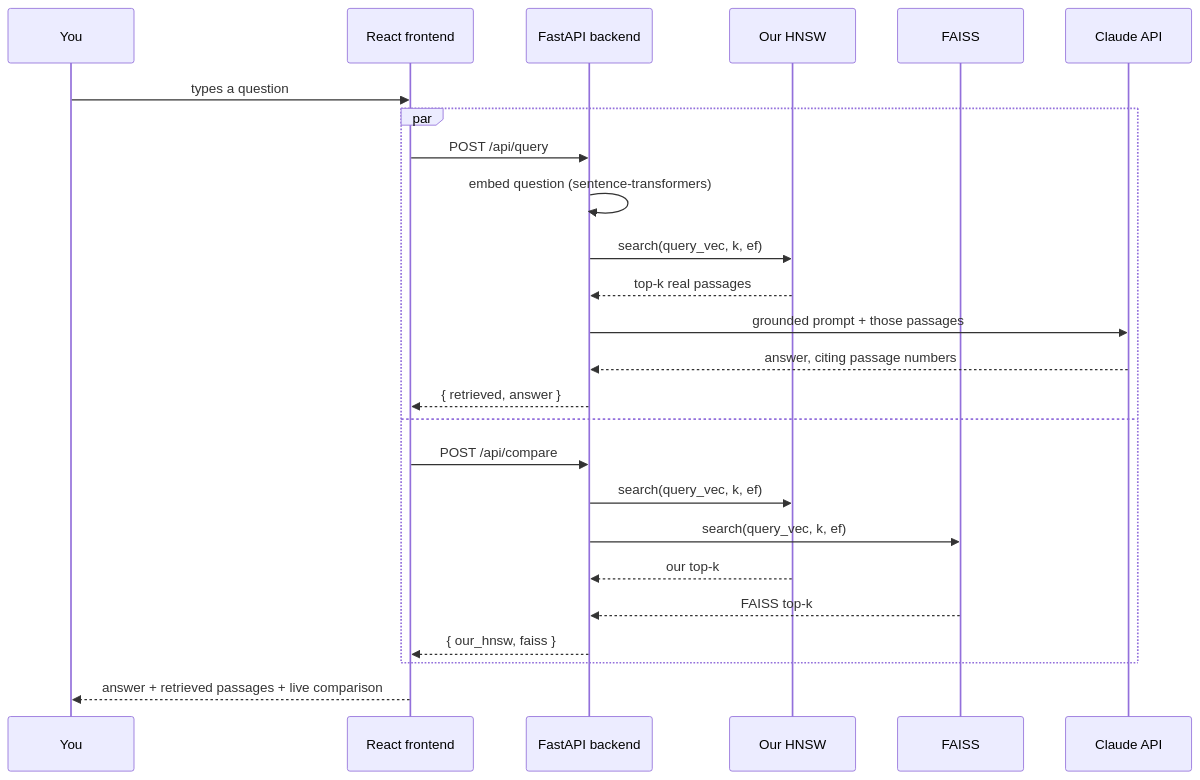
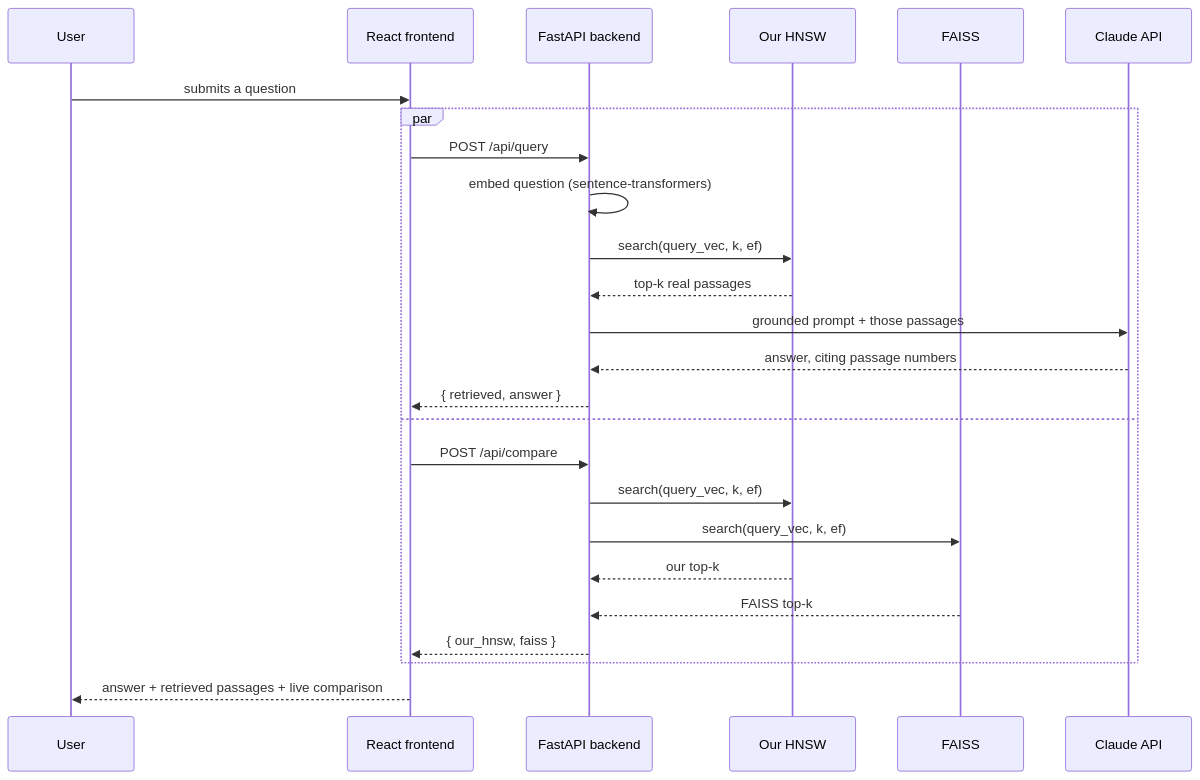
The second of 3 diagrams in README.md (SidR-13/RecallBench), drawn with Mermaid before and after one commit. The commit also changed other lines of this file, not shown here.

````diff
--- a/README.md
+++ b/README.md
@@ -116,28 +118,28 @@
 ```mermaid
 sequenceDiagram
-    participant U as You
+    participant U as User
     participant UI as React frontend
     participant API as FastAPI backend
     participant H as Our HNSW
     participant F as FAISS
     participant C as Claude API
 
-    U->>UI: types a question
+    U->>UI: submits a question
     par
         UI->>API: POST /api/query
         API->>API: embed question (sentence-transformers)
         API->>H: search(query_vec, k, ef)
         H-->>API: top-k real passages
         API->>C: grounded prompt + those passages
         C-->>API: answer, citing passage numbers
         API-->>UI: { retrieved, answer }
     and
         UI->>API: POST /api/compare
         API->>H: search(query_vec, k, ef)
         API->>F: search(query_vec, k, ef)
         H-->>API: our top-k
         F-->>API: FAISS top-k
         API-->>UI: { our_hnsw, faiss }
     end
     UI-->>U: answer + retrieved passages + live comparison
 ```
````
